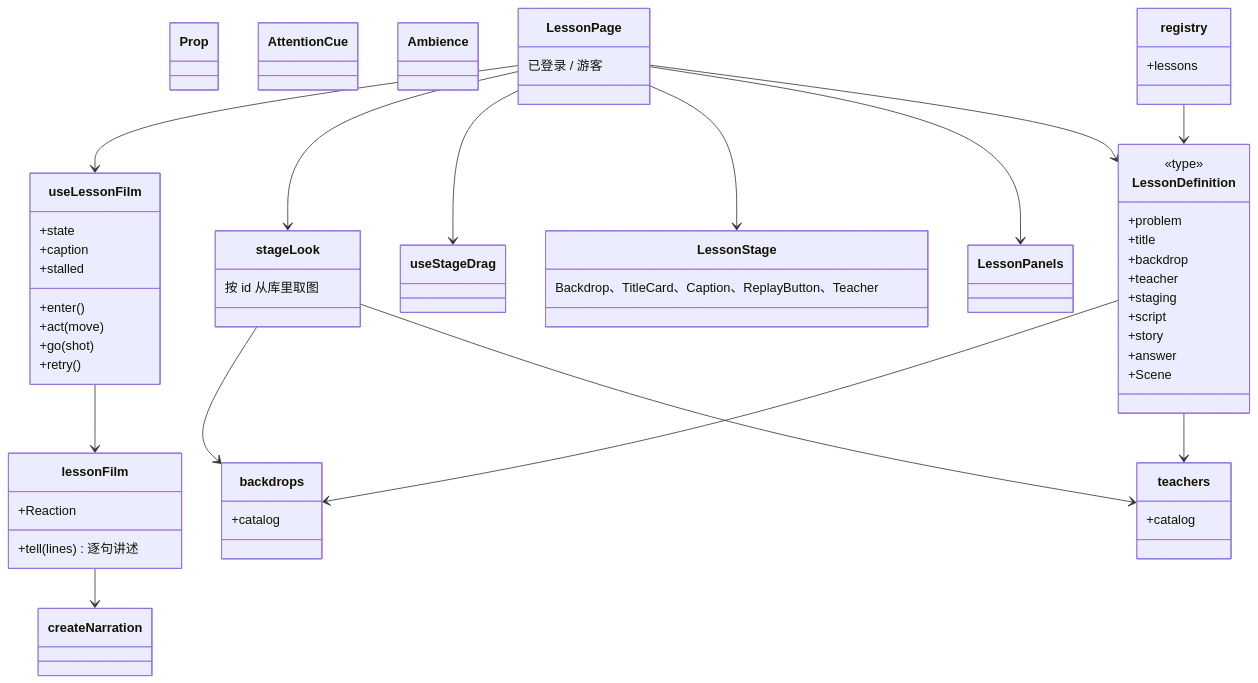
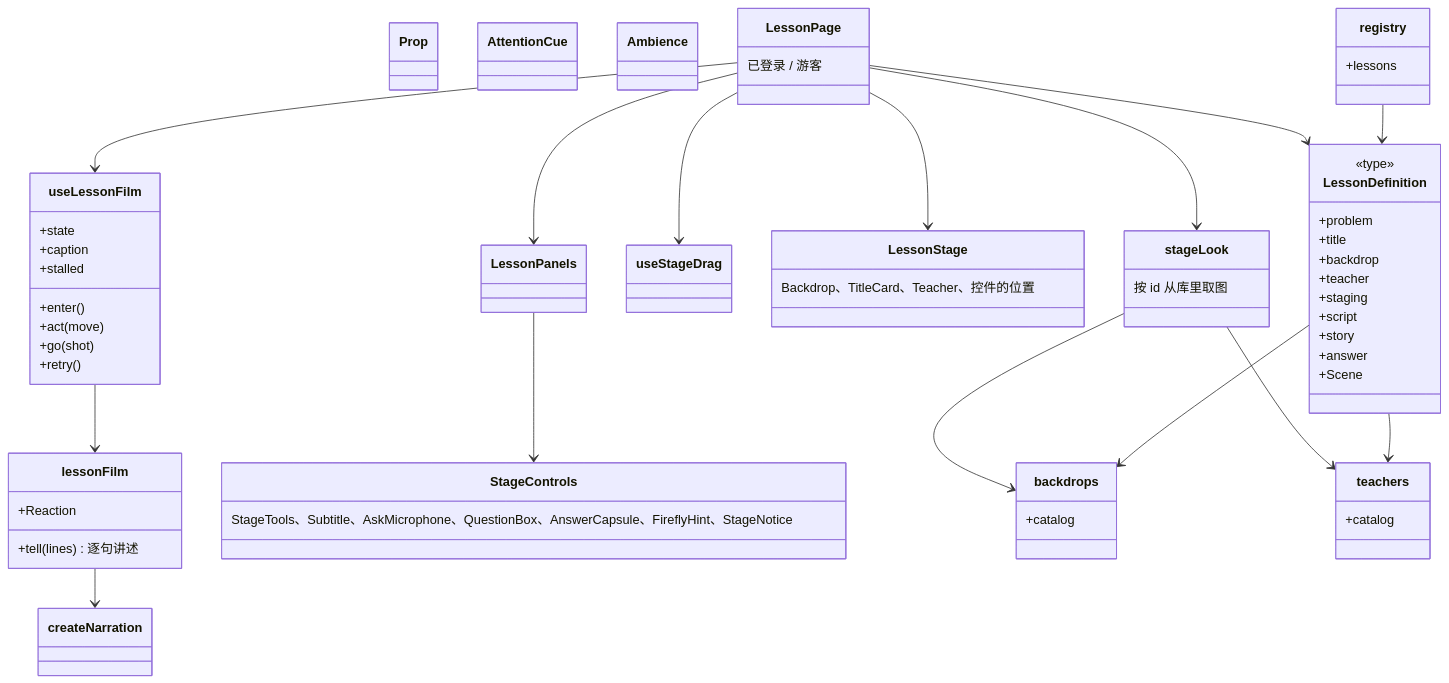
Before and after one commit to juanchaopan/education: the second of 2 diagrams in docs/design/lesson-kit.md, drawn with Mermaid. The commit also changed other lines of this file and 1 other file, not shown here.

First line of the commit message:
docs(design): the lesson page as a full picture with dewdrop controls (#143)

````diff
--- a/docs/design/lesson-kit.md
+++ b/docs/design/lesson-kit.md
@@ -70,64 +70,68 @@
 ```mermaid
 classDiagram
   class LessonDefinition {
     <<type>>
     +problem
     +title
     +backdrop
     +teacher
     +staging
     +script
     +story
     +answer
     +Scene
   }
   class lessonFilm {
     +tell(lines) 逐句讲述
     +Reaction
   }
   class useLessonFilm {
     +state
     +caption
     +stalled
     +enter()
     +act(move)
     +go(shot)
     +retry()
   }
   class useStageDrag
   class LessonStage {
-    Backdrop、TitleCard、Caption、ReplayButton、Teacher
+    Backdrop、TitleCard、Teacher、控件的位置
+  }
+  class StageControls {
+    StageTools、Subtitle、AskMicrophone、QuestionBox、AnswerCapsule、FireflyHint、StageNotice
   }
   class Prop
   class AttentionCue
   class Ambience
   class LessonPage {
     已登录 / 游客
   }
   class LessonPanels
   class stageLook {
     按 id 从库里取图
   }
   class backdrops {
     +catalog
   }
   class teachers {
     +catalog
   }
   class registry {
     +lessons
   }
   LessonPage --> LessonDefinition
   LessonPage --> useLessonFilm
   LessonPage --> useStageDrag
   LessonPage --> stageLook
   LessonPage --> LessonStage
   LessonPage --> LessonPanels
+  LessonPanels --> StageControls
   useLessonFilm --> lessonFilm
   lessonFilm --> createNarration
   stageLook --> backdrops
   stageLook --> teachers
   LessonDefinition --> backdrops
   LessonDefinition --> teachers
   registry --> LessonDefinition
 ```
````
